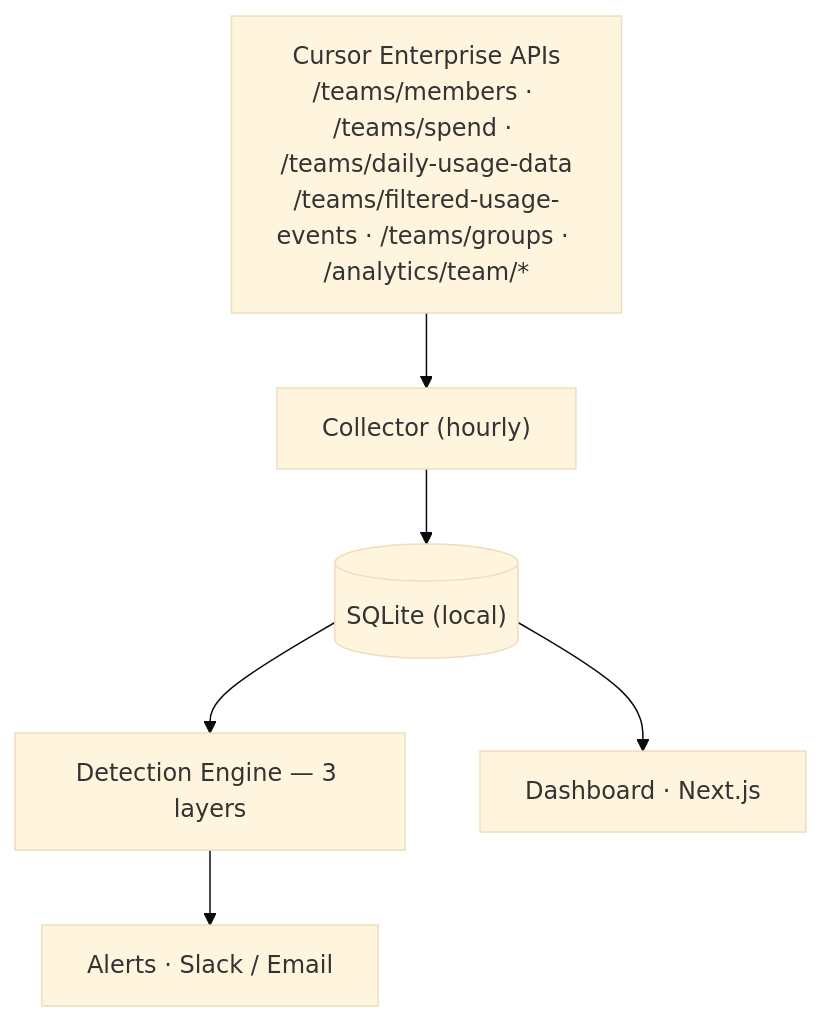
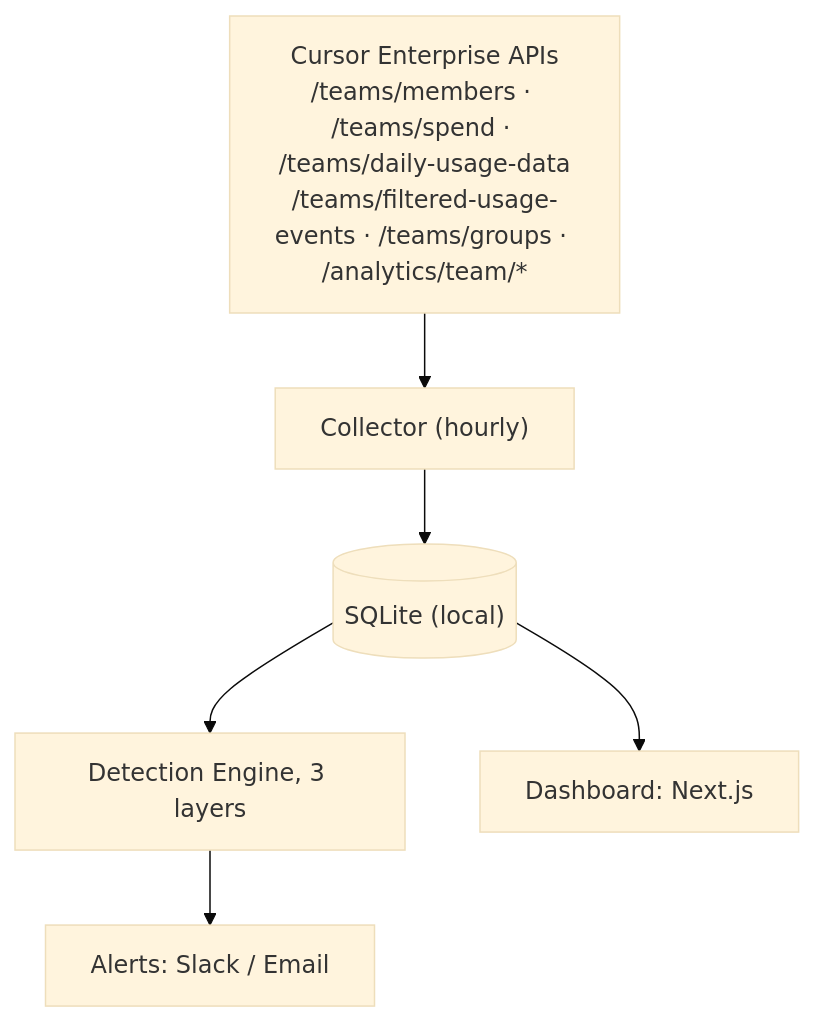
Before and after one commit to ofershap/cursor-usage-tracker: the diagram in README.md, drawn with Mermaid (base theme). The commit also changed other lines of this file and 5 other files, not shown here.

````diff
--- a/README.md
+++ b/README.md
@@ -227,13 +237,13 @@
 ```mermaid
 flowchart TB
     APIs["Cursor Enterprise APIs\n/teams/members · /teams/spend · /teams/daily-usage-data\n/teams/filtered-usage-events · /teams/groups · /analytics/team/*"]
     C["Collector (hourly)"]
     DB[("SQLite (local)")]
-    D["Detection Engine — 3 layers"]
-    AL["Alerts · Slack / Email"]
-    DA["Dashboard · Next.js"]
+    D["Detection Engine, 3 layers"]
+    AL["Alerts: Slack / Email"]
+    DA["Dashboard: Next.js"]
 
     APIs --> C --> DB --> D
     DB --> DA
     D --> AL
 ```
````
